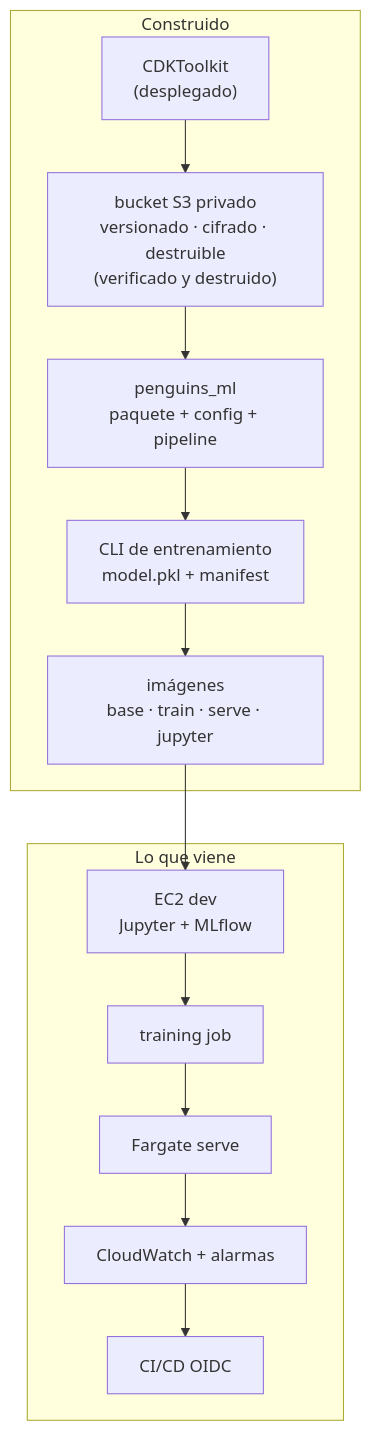
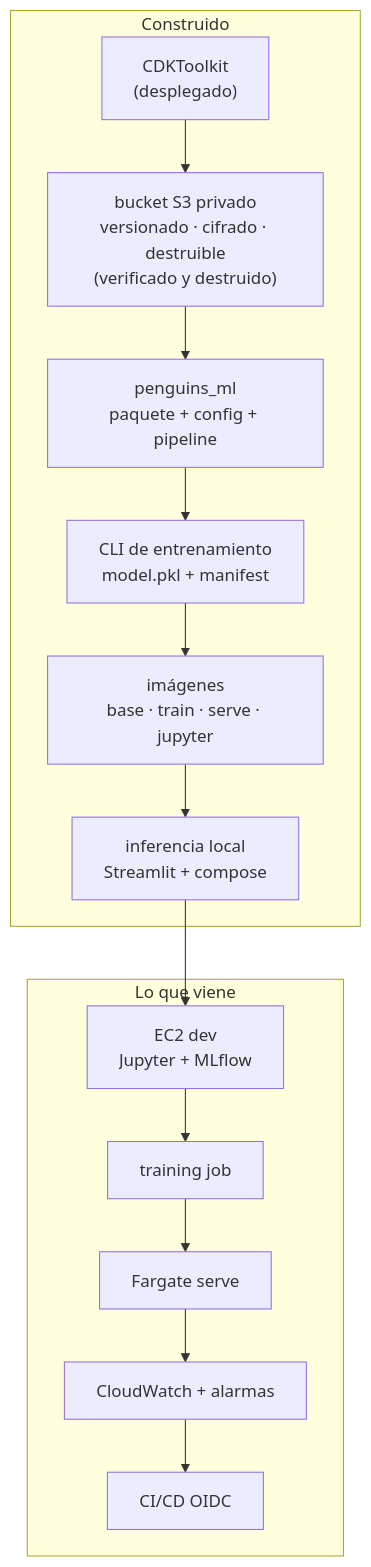
Before and after one commit to JairRamosG/Pinguinos-AWS: the ninth of 9 diagrams in docs/how-it-works.md, drawn with Mermaid. The commit also changed other lines of this file, not shown here.

Commit message:
docs: documentar la inferencia local del issue 7

````diff
--- a/docs/how-it-works.md
+++ b/docs/how-it-works.md
@@ -435,18 +480,19 @@
 ```mermaid
 flowchart TB
     subgraph HOY["Construido"]
         BOOT["CDKToolkit<br/>(desplegado)"]
         S3["bucket S3 privado<br/>versionado · cifrado · destruible<br/>(verificado y destruido)"]
         PKG["penguins_ml<br/>paquete + config + pipeline"]
         TRN["CLI de entrenamiento<br/>model.pkl + manifest"]
         IMG["imágenes<br/>base · train · serve · jupyter"]
+        UI["inferencia local<br/>Streamlit + compose"]
     end
     subgraph DESPUES["Lo que viene"]
         EC2["EC2 dev<br/>Jupyter + MLflow"]
         JOB["training job"]
         SRV["Fargate serve"]
         OBS["CloudWatch + alarmas"]
         CI["CI/CD OIDC"]
     end
-    BOOT --> S3 --> PKG --> TRN --> IMG --> EC2 --> JOB --> SRV --> OBS --> CI
+    BOOT --> S3 --> PKG --> TRN --> IMG --> UI --> EC2 --> JOB --> SRV --> OBS --> CI
 ```
````
